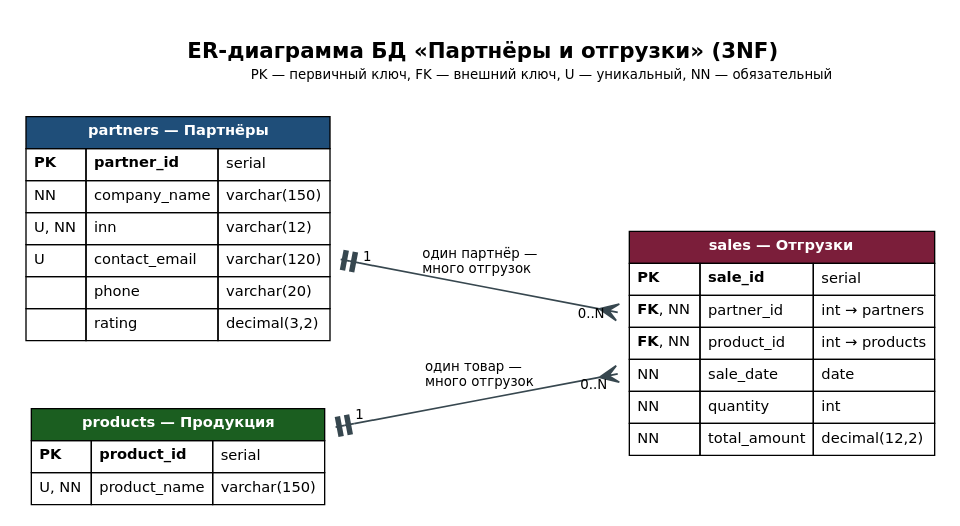
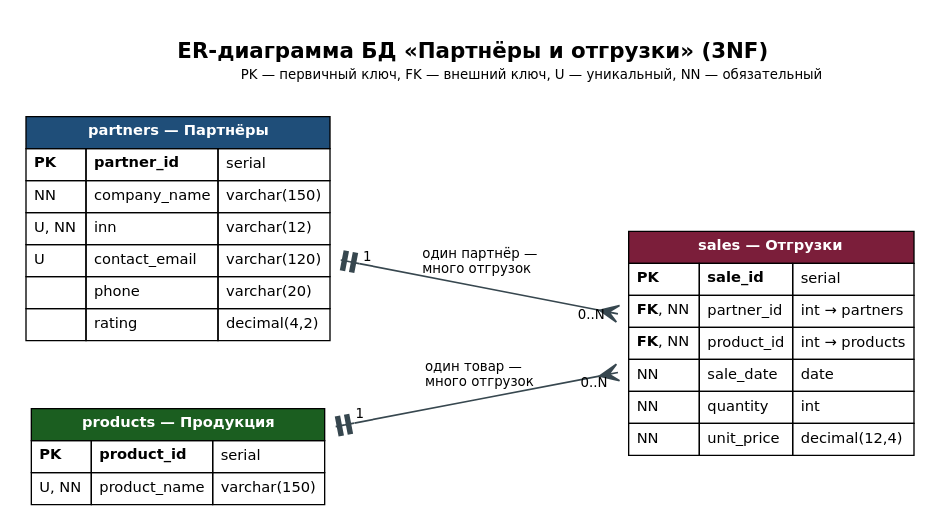
Before and after one commit to SerSurgut/Educational-Internship: the diagram in Проектирование базы данных (3NF) и ER-диаграмма/er_diagram.dot, drawn with Graphviz. The commit also changed 7 other files, not shown here.

```diff
--- a/Проектирование базы данных (3NF) и ER-диаграмма/er_diagram.dot
+++ b/Проектирование базы данных (3NF) и ER-диаграмма/er_diagram.dot
@@ -1,46 +1,46 @@
 // ER-диаграмма БД «Партнёры и отгрузки»
 // Сборка: dot -Tpdf er_diagram.dot -o er_diagram.pdf
 digraph ER {
     graph [rankdir=LR, splines=spline, nodesep=0.6, ranksep=1.6, fontname="DejaVu Sans",
            fontsize=16, labelloc="t",
            label=<<br/><b>ER-диаграмма БД «Партнёры и отгрузки» (3NF)</b><br/>
                   <font point-size="10">PK — первичный ключ, FK — внешний ключ, U — уникальный, NN — обязательный</font><br/> >];
     node [shape=plaintext, fontname="DejaVu Sans", fontsize=11];
     edge [fontname="DejaVu Sans", fontsize=10, color="#37474f", penwidth=1.3, arrowsize=1.4];
 
     partners [label=<
       <TABLE BORDER="0" CELLBORDER="1" CELLSPACING="0" CELLPADDING="5">
         <TR><TD COLSPAN="3" BGCOLOR="#1f4e79"><FONT COLOR="white"><B>partners — Партнёры</B></FONT></TD></TR>
         <TR><TD ALIGN="LEFT"><B>PK</B></TD><TD ALIGN="LEFT"><B>partner_id</B></TD><TD ALIGN="LEFT">serial</TD></TR>
         <TR><TD ALIGN="LEFT">NN</TD><TD ALIGN="LEFT">company_name</TD><TD ALIGN="LEFT">varchar(150)</TD></TR>
         <TR><TD ALIGN="LEFT">U, NN</TD><TD ALIGN="LEFT">inn</TD><TD ALIGN="LEFT">varchar(12)</TD></TR>
         <TR><TD ALIGN="LEFT">U</TD><TD ALIGN="LEFT">contact_email</TD><TD ALIGN="LEFT">varchar(120)</TD></TR>
         <TR><TD ALIGN="LEFT"> </TD><TD ALIGN="LEFT">phone</TD><TD ALIGN="LEFT">varchar(20)</TD></TR>
-        <TR><TD ALIGN="LEFT"> </TD><TD ALIGN="LEFT">rating</TD><TD ALIGN="LEFT">decimal(3,2)</TD></TR>
+        <TR><TD ALIGN="LEFT"> </TD><TD ALIGN="LEFT">rating</TD><TD ALIGN="LEFT">decimal(4,2)</TD></TR>
       </TABLE>>];
 
     products [label=<
       <TABLE BORDER="0" CELLBORDER="1" CELLSPACING="0" CELLPADDING="5">
         <TR><TD COLSPAN="3" BGCOLOR="#1b5e20"><FONT COLOR="white"><B>products — Продукция</B></FONT></TD></TR>
         <TR><TD ALIGN="LEFT"><B>PK</B></TD><TD ALIGN="LEFT"><B>product_id</B></TD><TD ALIGN="LEFT">serial</TD></TR>
         <TR><TD ALIGN="LEFT">U, NN</TD><TD ALIGN="LEFT">product_name</TD><TD ALIGN="LEFT">varchar(150)</TD></TR>
       </TABLE>>];
 
     sales [label=<
       <TABLE BORDER="0" CELLBORDER="1" CELLSPACING="0" CELLPADDING="5">
         <TR><TD COLSPAN="3" BGCOLOR="#7b1e3a"><FONT COLOR="white"><B>sales — Отгрузки</B></FONT></TD></TR>
         <TR><TD ALIGN="LEFT"><B>PK</B></TD><TD ALIGN="LEFT"><B>sale_id</B></TD><TD ALIGN="LEFT">serial</TD></TR>
         <TR><TD ALIGN="LEFT"><B>FK</B>, NN</TD><TD ALIGN="LEFT">partner_id</TD><TD ALIGN="LEFT">int &#8594; partners</TD></TR>
         <TR><TD ALIGN="LEFT"><B>FK</B>, NN</TD><TD ALIGN="LEFT">product_id</TD><TD ALIGN="LEFT">int &#8594; products</TD></TR>
         <TR><TD ALIGN="LEFT">NN</TD><TD ALIGN="LEFT">sale_date</TD><TD ALIGN="LEFT">date</TD></TR>
         <TR><TD ALIGN="LEFT">NN</TD><TD ALIGN="LEFT">quantity</TD><TD ALIGN="LEFT">int</TD></TR>
-        <TR><TD ALIGN="LEFT">NN</TD><TD ALIGN="LEFT">total_amount</TD><TD ALIGN="LEFT">decimal(12,2)</TD></TR>
+        <TR><TD ALIGN="LEFT">NN</TD><TD ALIGN="LEFT">unit_price</TD><TD ALIGN="LEFT">decimal(12,4)</TD></TR>
       </TABLE>>];
 
     partners -> sales [arrowhead=ocrow, arrowtail=teetee, dir=both, taillabel="1", headlabel="0..N",
                        labeldistance=2.0, labelangle=15, label="  один партнёр —\l  много отгрузок\l"];
     products -> sales [arrowhead=ocrow, arrowtail=teetee, dir=both, taillabel="1", headlabel="0..N",
                        labeldistance=2.0, labelangle=15, label="  один товар —\l  много отгрузок\l"];
 
     {rank=same; partners; products;}
 }
```
